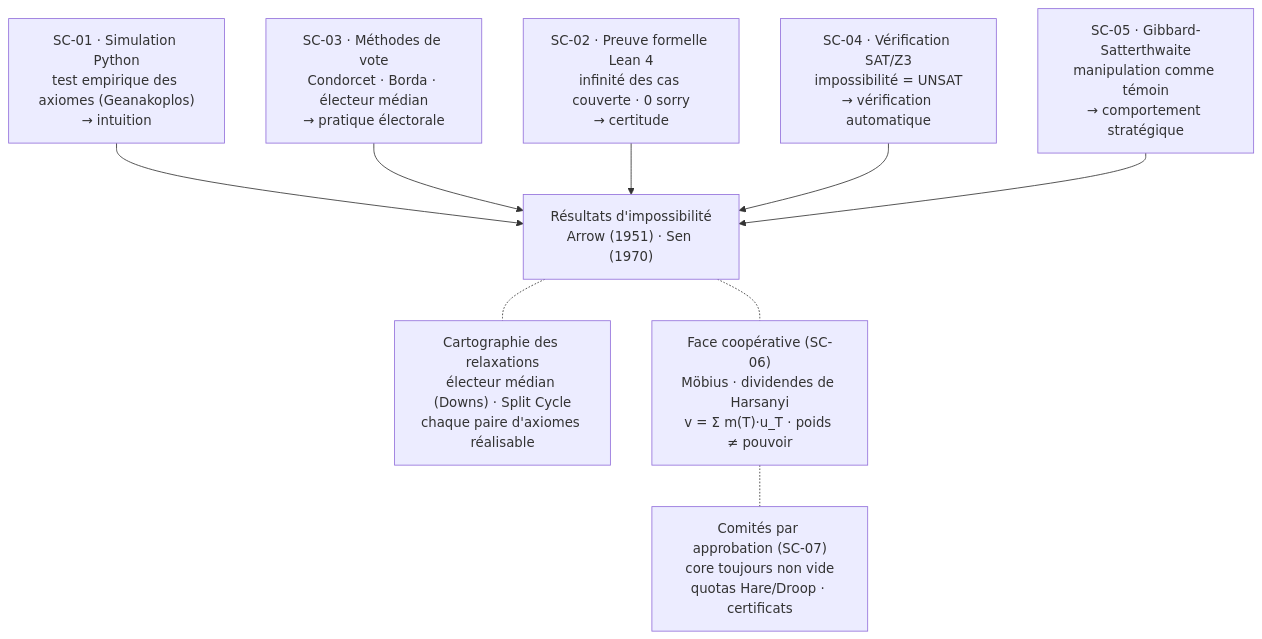
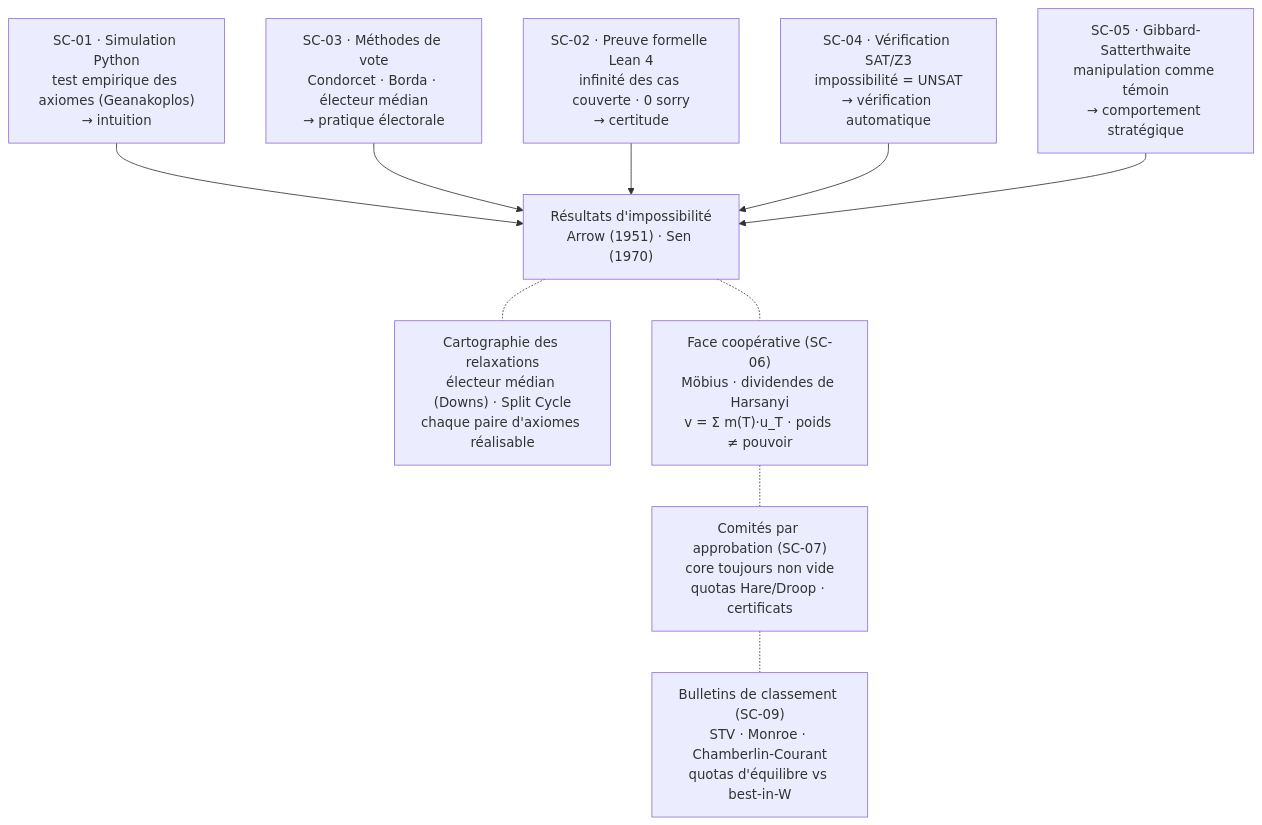
One commit to jsboige/CoursIA changed the diagram in MyIA.AI.Notebooks/GameTheory/SocialChoice/README.md. Above: the diagram before and after it, drawn with Mermaid. The commit also changed other lines of this file and 3 other files, not shown here.

````diff
--- a/MyIA.AI.Notebooks/GameTheory/SocialChoice/README.md
+++ b/MyIA.AI.Notebooks/GameTheory/SocialChoice/README.md
@@ -50,19 +51,20 @@
 ```mermaid
 flowchart TD
     Result["Résultats d'impossibilité<br/>Arrow (1951) · Sen (1970)"]
 
     E1["SC-01 · Simulation Python<br/>test empirique des axiomes (Geanakoplos)<br/>→ intuition"]
     E2["SC-03 · Méthodes de vote<br/>Condorcet · Borda · électeur médian<br/>→ pratique électorale"]
     E3["SC-02 · Preuve formelle Lean 4<br/>infinité des cas couverte · 0 sorry<br/>→ certitude"]
     E4["SC-04 · Vérification SAT/Z3<br/>impossibilité = UNSAT<br/>→ vérification automatique"]
     E5["SC-05 · Gibbard-Satterthwaite<br/>manipulation comme témoin<br/>→ comportement stratégique"]
 
     E1 --> Result
     E2 --> Result
     E3 --> Result
     E4 --> Result
     E5 --> Result
     Result -.- Relax["Cartographie des relaxations<br/>électeur médian (Downs) · Split Cycle<br/>chaque paire d'axiomes réalisable"]
     Result -.- Coop["Face coopérative (SC-06)<br/>Möbius · dividendes de Harsanyi<br/>v = Σ m(T)·u_T · poids ≠ pouvoir"]
     Coop -.- Comm["Comités par approbation (SC-07)<br/>core toujours non vide<br/>quotas Hare/Droop · certificats"]
+    Comm -.- Rank2["Bulletins de classement (SC-09)<br/>STV · Monroe · Chamberlin-Courant<br/>quotas d'équilibre vs best-in-W"]
 ```
````
